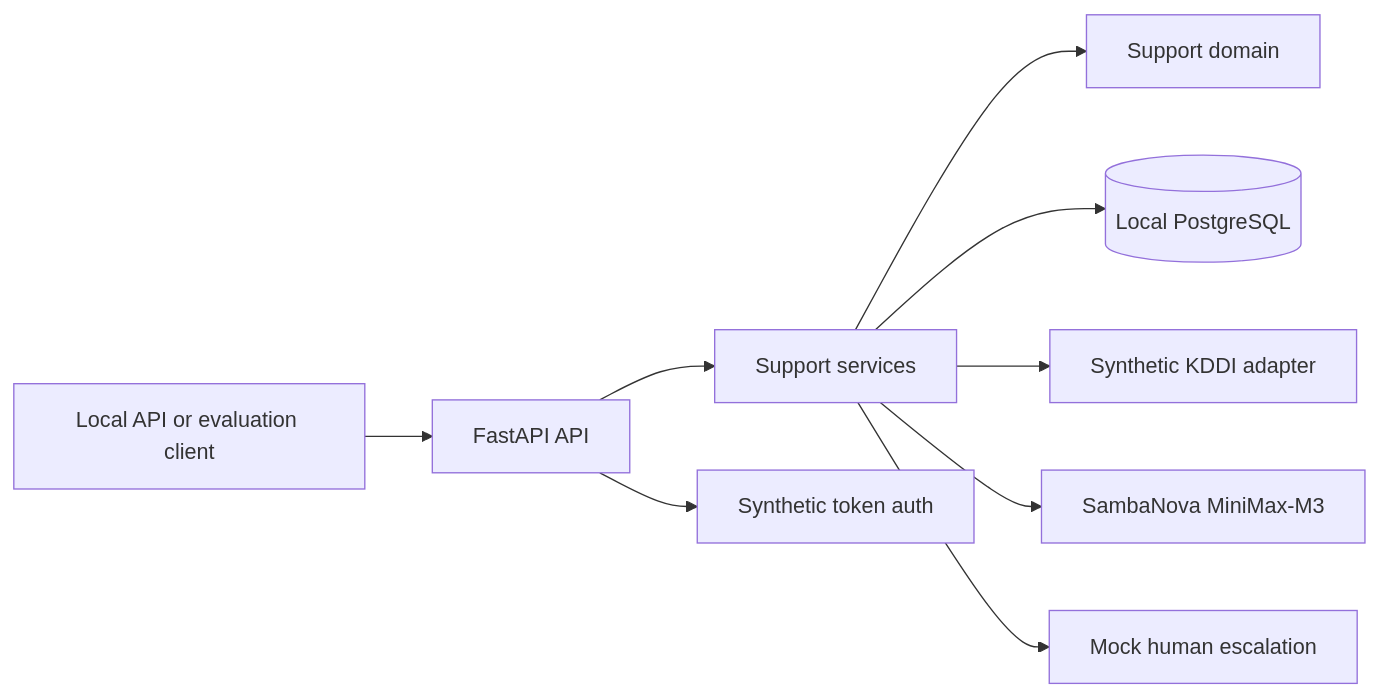
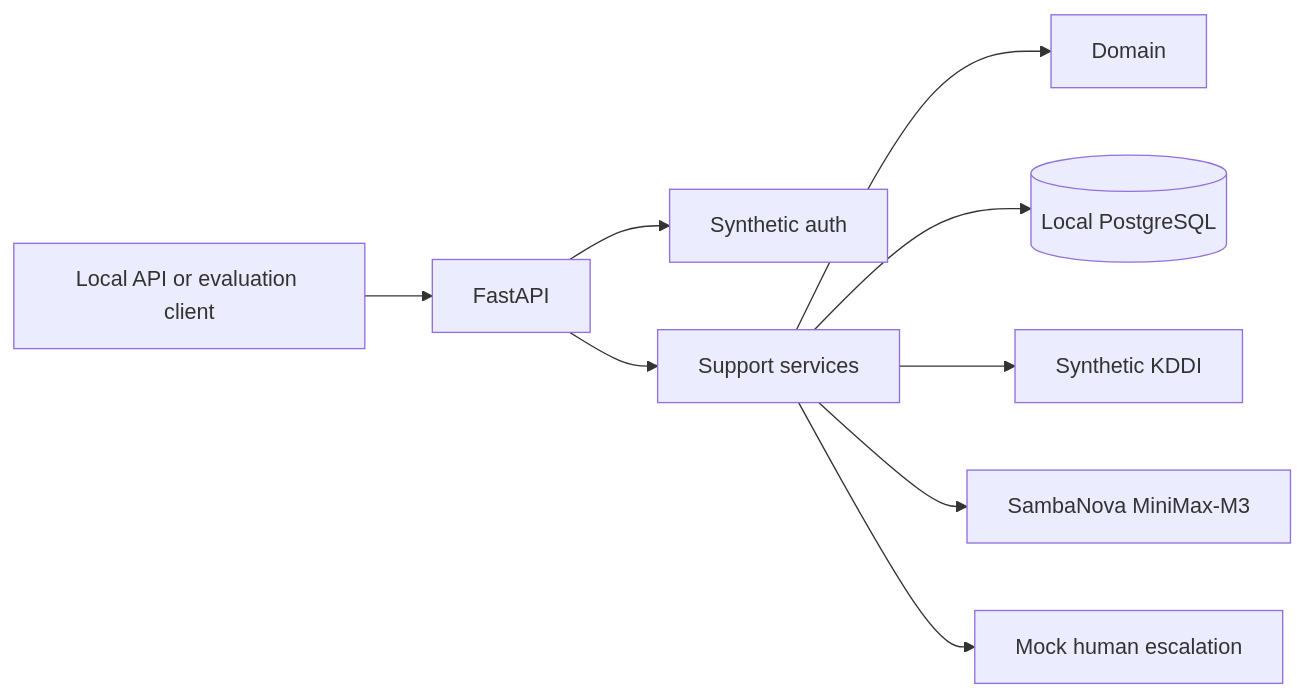
The diagram in docs/ARCHITECTURE.md (reggie-lu/codex-telecom-agent-workspace), drawn with Mermaid before and after one commit. The commit also changed other lines of this file and 53 other files, not shown here.

````diff
--- a/docs/ARCHITECTURE.md
+++ b/docs/ARCHITECTURE.md
@@ -387,21 +152,11 @@
 ```mermaid
 flowchart LR
-    Client[Local API or evaluation client]
-    API[FastAPI API]
-    Services[Support services]
-    Domain[Support domain]
-    Auth[Synthetic token auth]
-    DB[(Local PostgreSQL)]
-    KDDI[Synthetic KDDI adapter]
-    Model[SambaNova MiniMax-M3]
-    Escalation[Mock human escalation]
-
-    Client --> API
-    API --> Auth
-    API --> Services
-    Services --> Domain
-    Services --> DB
-    Services --> KDDI
-    Services --> Model
-    Services --> Escalation
+    Client[Local API or evaluation client] --> API[FastAPI]
+    API --> Auth[Synthetic auth]
+    API --> Services[Support services]
+    Services --> Domain[Domain]
+    Services --> DB[(Local PostgreSQL)]
+    Services --> KDDI[Synthetic KDDI]
+    Services --> Model[SambaNova MiniMax-M3]
+    Services --> Escalation[Mock human escalation]
 ```
````
